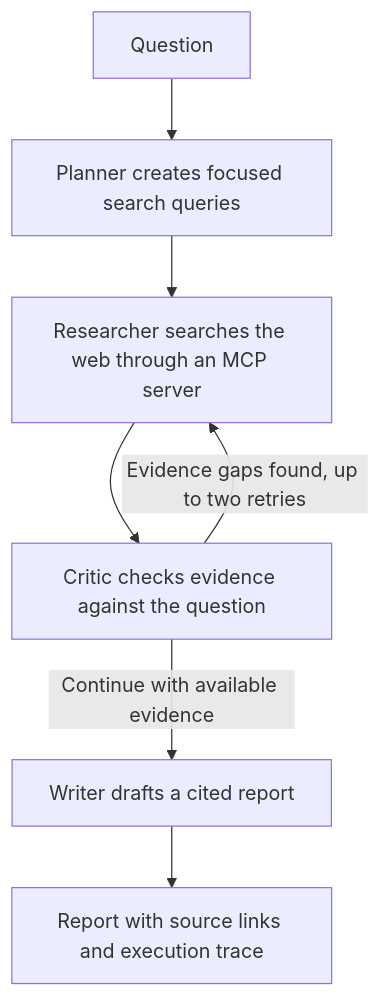
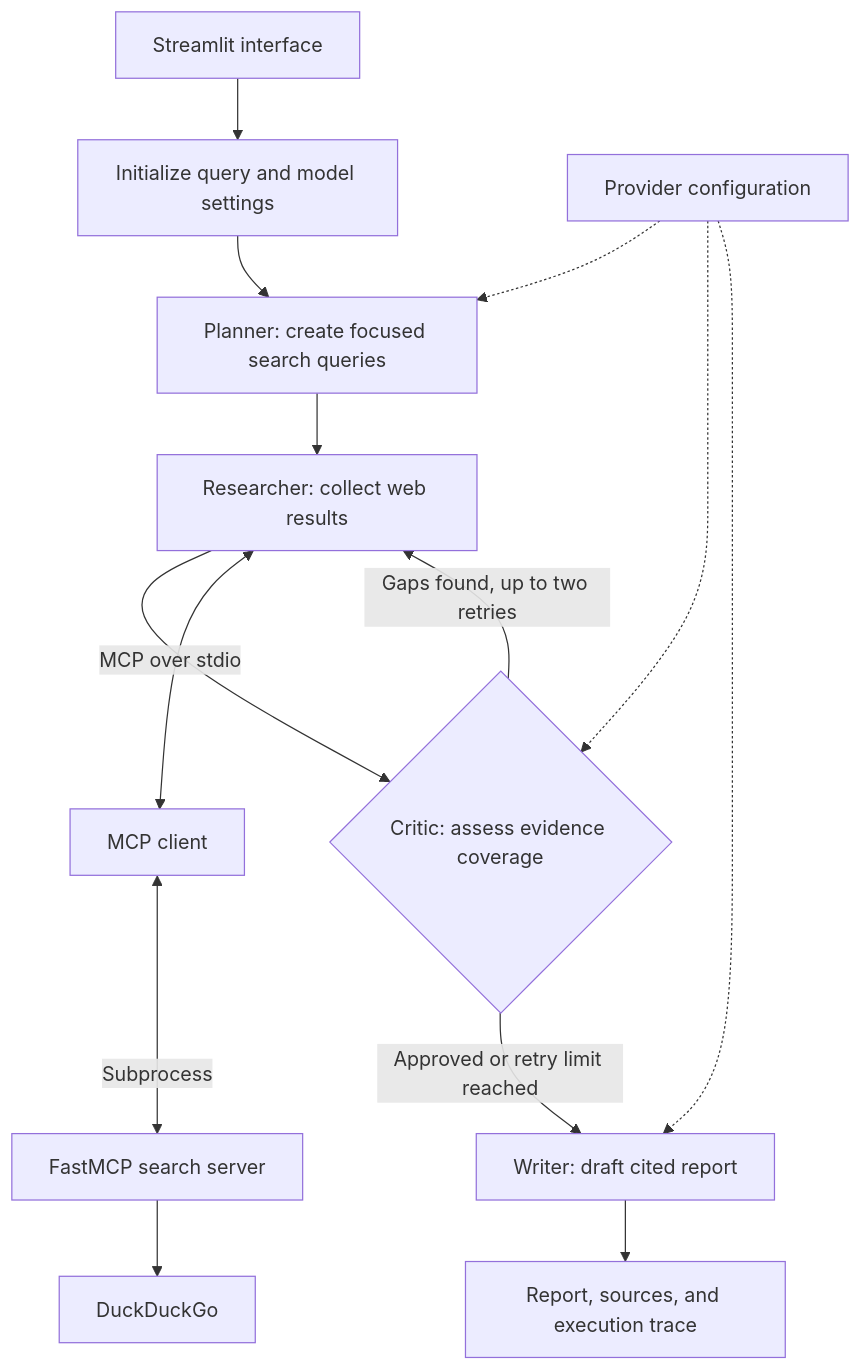
One commit to Nikhil-707/evidence-first-research-agent changed the diagram in README.md. Above: the diagram before and after it, drawn with Mermaid. The commit also changed other lines of this file and 9 other files, not shown here.

````diff
--- a/README.md
+++ b/README.md
@@ -19,9 +11,18 @@
 ```mermaid
 flowchart TD
-    A[Question] --> B[Planner creates focused search queries]
-    B --> C[Researcher searches the web through an MCP server]
-    C --> D[Critic checks evidence against the question]
-    D -->|Evidence gaps found, up to two retries| C
-    D -->|Continue with available evidence| E[Writer drafts a cited report]
-    E --> F[Report with source links and execution trace]
+    UI[Streamlit interface] --> Init[Initialize query and model settings]
+    Init --> Planner[Planner: create focused search queries]
+    Planner --> Researcher[Researcher: collect web results]
+    Researcher --> Critic{Critic: assess evidence coverage}
+    Critic -->|Gaps found, up to two retries| Researcher
+    Critic -->|Approved or retry limit reached| Writer[Writer: draft cited report]
+    Writer --> Results[Report, sources, and execution trace]
+
+    Researcher <-->|MCP over stdio| Client[MCP client]
+    Client <-->|Subprocess| Server[FastMCP search server]
+    Server --> Search[DuckDuckGo]
+
+    Config[Provider configuration] -.-> Planner
+    Config -.-> Critic
+    Config -.-> Writer
 ```
````
